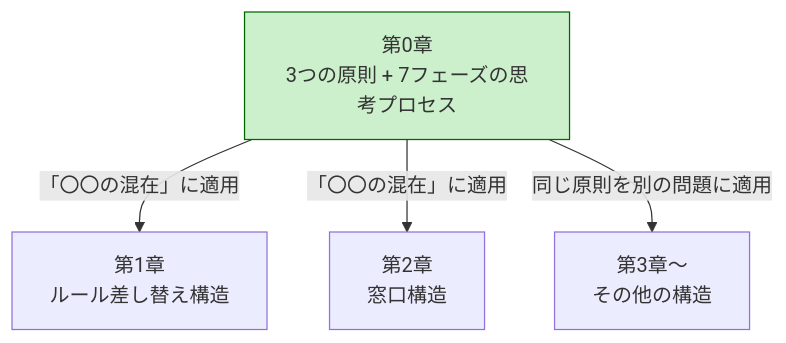
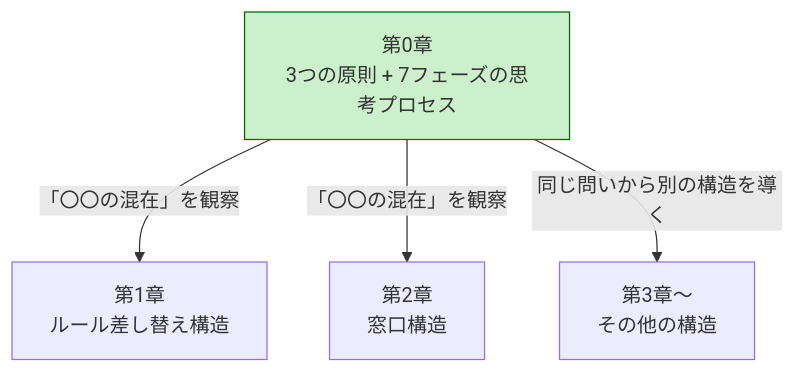
One commit to kumachan1101-pixel/DesignPattern changed the first of 9 diagrams in kindle/design-patterns/templates/chapter0-template.md. Above: the diagram before and after it, drawn with Mermaid. The commit also changed other lines of this file and 24 other files, not shown here.

Commit message:
docs: 問題から導く構成とクラス図説明を整合

````diff
--- a/kindle/design-patterns/templates/chapter0-template.md
+++ b/kindle/design-patterns/templates/chapter0-template.md
@@ -29,13 +29,13 @@
 ```mermaid
 graph TD
     A["第0章<br/>3つの原則 + 7フェーズの思考プロセス"]
     B["第1章<br/>ルール差し替え構造"]
     C["第2章<br/>窓口構造"]
     D["第3章〜<br/>その他の構造"]
 
-    A -->|「〇〇の混在」に適用| B
-    A -->|「〇〇の混在」に適用| C
-    A -->|同じ原則を別の問題に適用| D
+    A -->|「〇〇の混在」を観察| B
+    A -->|「〇〇の混在」を観察| C
+    A -->|同じ問いから別の構造を導く| D
 
     style A fill:#ccf0cc,stroke:#006600
 ```
````
